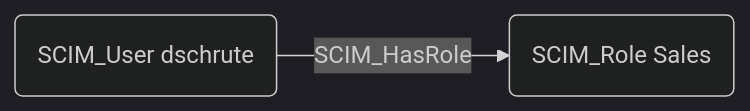
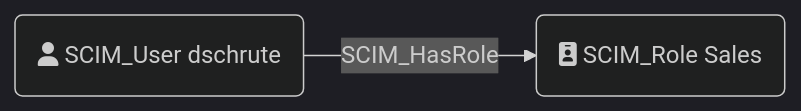
The diagram in docs/edges/SCIM_HasRole.md (SpecterOps/bloodhound-scim-extension), drawn with Mermaid (dark theme) before and after one commit. The commit also changed other lines of this file and 24 other files, not shown here.

````diff
--- a/docs/edges/SCIM_HasRole.md
+++ b/docs/edges/SCIM_HasRole.md
@@ -12,6 +12,6 @@
 ```mermaid
 graph LR
-    node1("SCIM_User dschrute")
-    node2("SCIM_Role Sales")
+    node1("fa:fa-user SCIM_User dschrute")
+    node2("fa:fa-id-badge SCIM_Role Sales")
     node1 -- SCIM_HasRole --> node2
 ```
````
